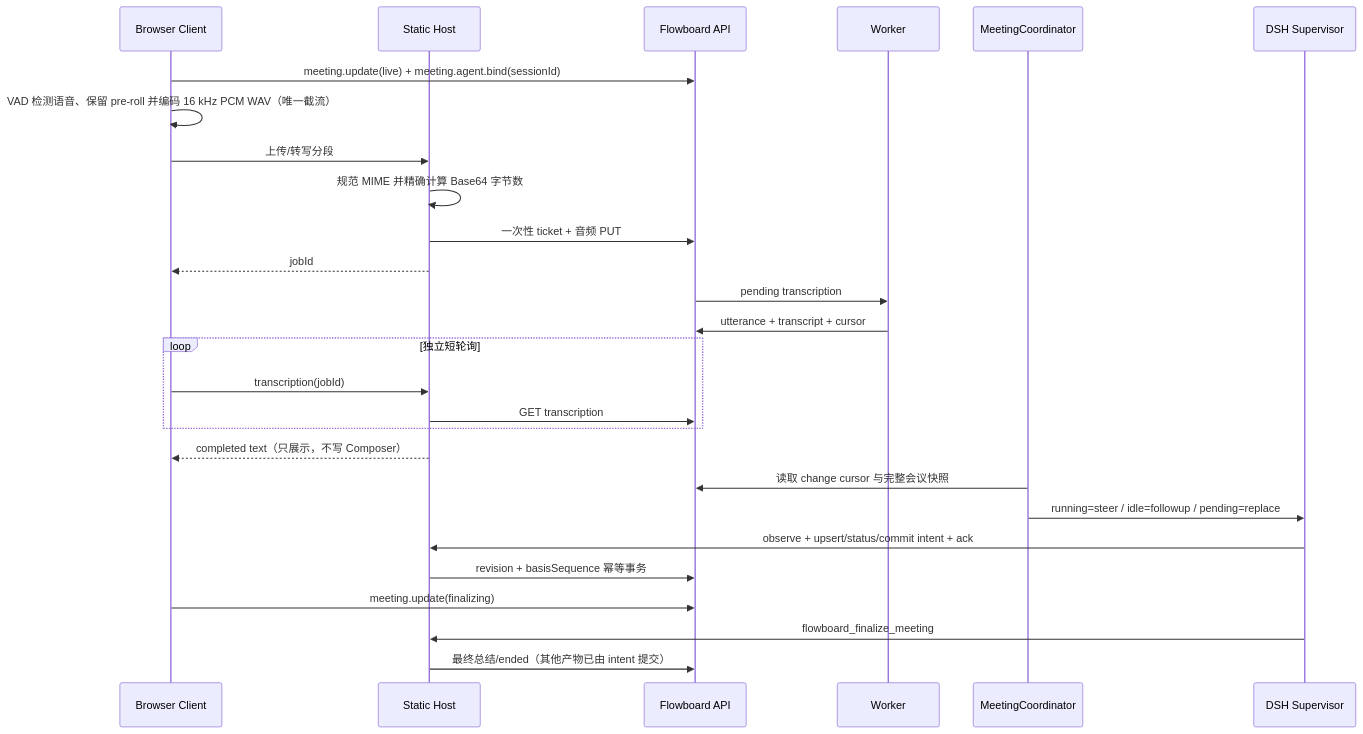
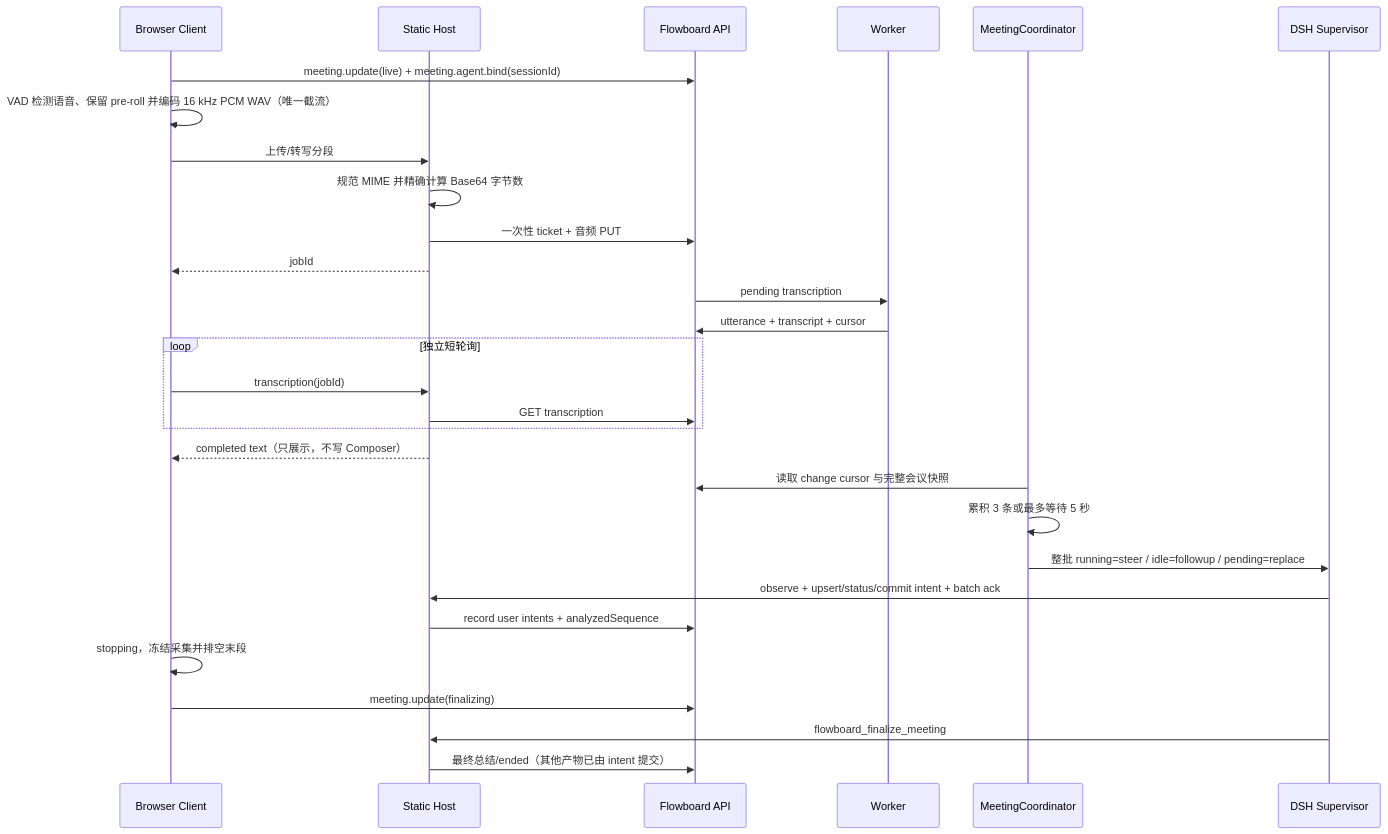
One commit to Untidy-cocoabutter173/Flowboard changed the second of 2 diagrams in docs/architecture/system-overview.md. Above: the diagram before and after it, drawn with Mermaid. The commit also changed other lines of this file and 13 other files, not shown here.

````diff
--- a/docs/architecture/system-overview.md
+++ b/docs/architecture/system-overview.md
@@ -62,30 +62,32 @@
 ```mermaid
 sequenceDiagram
   participant B as Browser Client
   participant H as Static Host
   participant A as Flowboard API
   participant W as Worker
   participant CO as MeetingCoordinator
   participant AI as DSH Supervisor
 
   B->>A: meeting.update(live) + meeting.agent.bind(sessionId)
   B->>B: VAD 检测语音、保留 pre-roll 并编码 16 kHz PCM WAV（唯一截流）
   B->>H: 上传/转写分段
   H->>H: 规范 MIME 并精确计算 Base64 字节数
   H->>A: 一次性 ticket + 音频 PUT
   H-->>B: jobId
   A->>W: pending transcription
   W->>A: utterance + transcript + cursor
   loop 独立短轮询
     B->>H: transcription(jobId)
     H->>A: GET transcription
   end
   H-->>B: completed text（只展示，不写 Composer）
   CO->>A: 读取 change cursor 与完整会议快照
-  CO->>AI: running=steer / idle=followup / pending=replace
-  AI->>H: observe + upsert/status/commit intent + ack
-  H->>A: revision + basisSequence 幂等事务
+  CO->>CO: 累积 3 条或最多等待 5 秒
+  CO->>AI: 整批 running=steer / idle=followup / pending=replace
+  AI->>H: observe + upsert/status/commit intent + batch ack
+  H->>A: record user intents + analyzedSequence
+  B->>B: stopping，冻结采集并排空末段
   B->>A: meeting.update(finalizing)
   AI->>H: flowboard_finalize_meeting
   H->>A: 最终总结/ended（其他产物已由 intent 提交）
 ```
````
